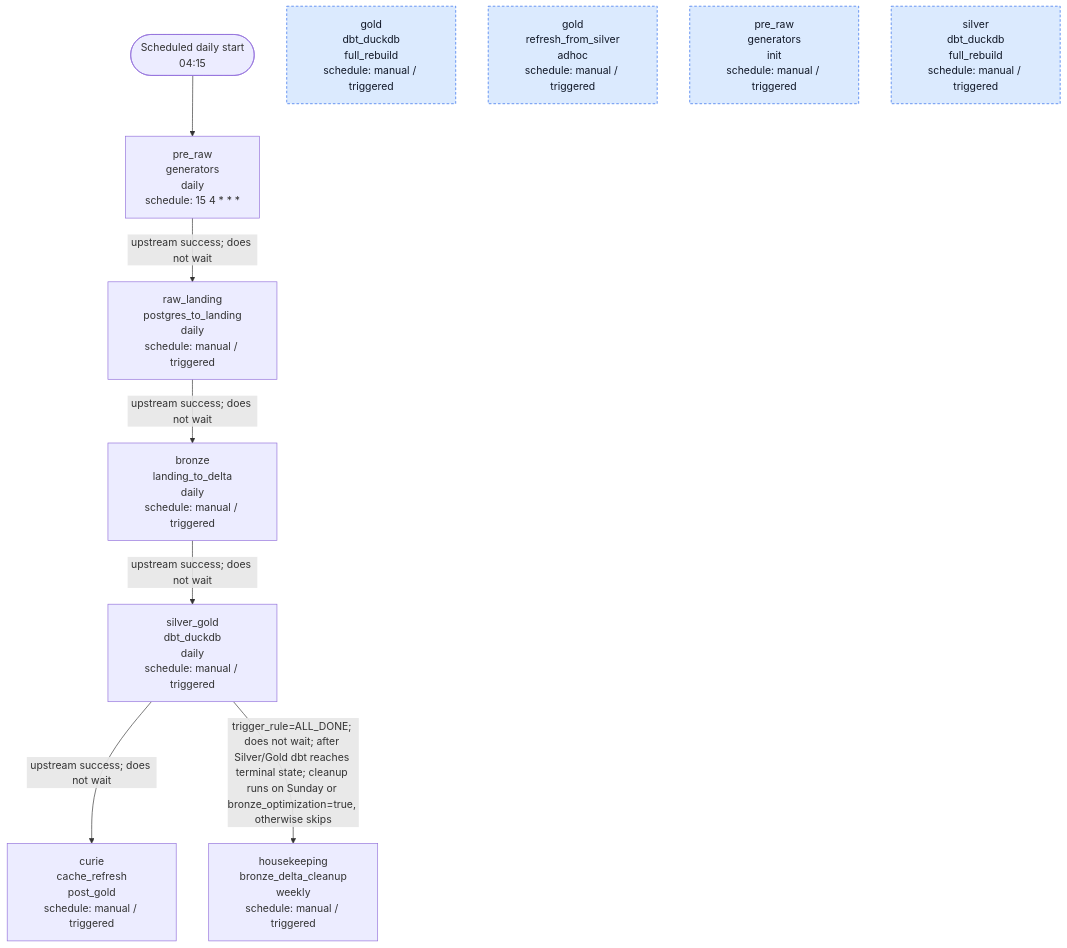
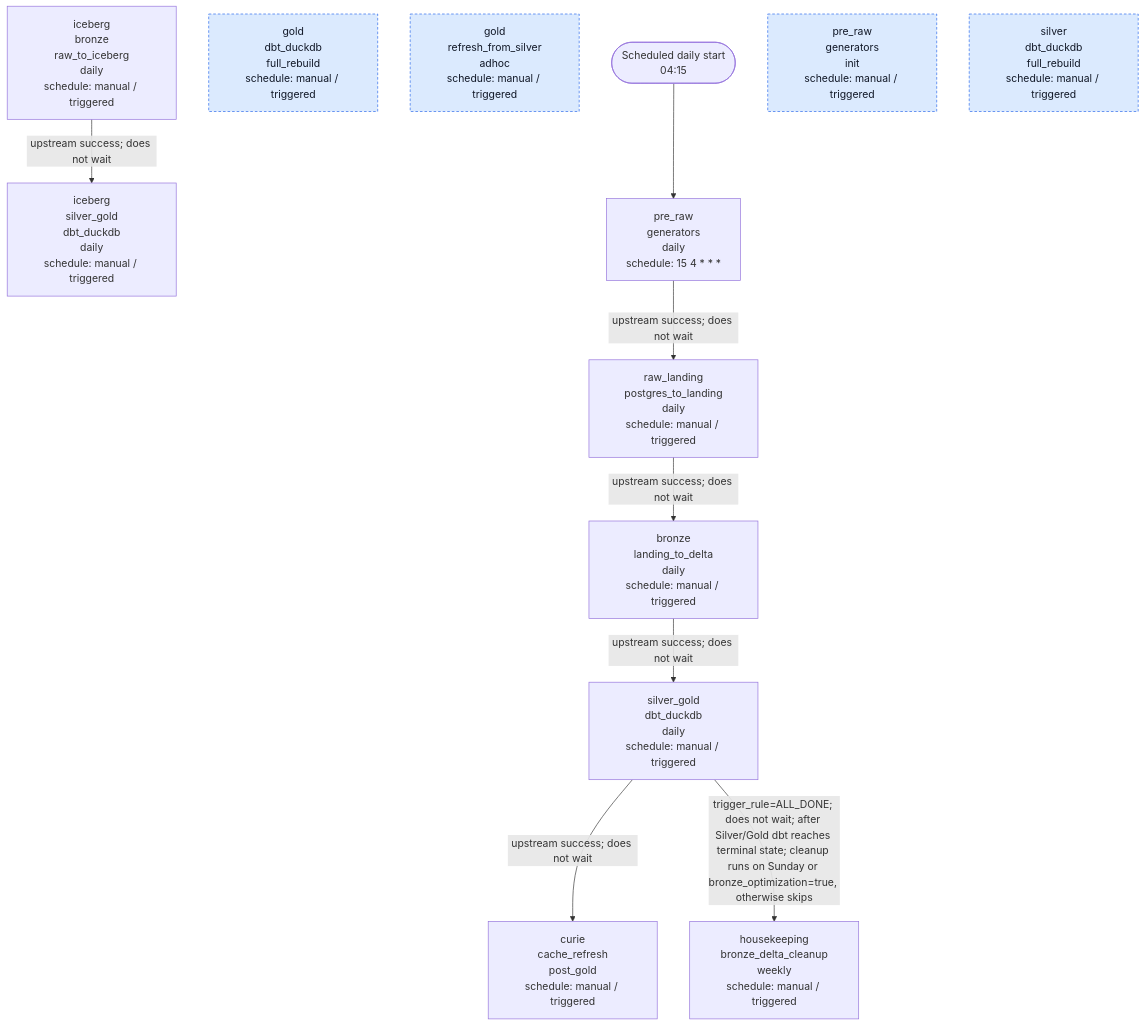
Before and after one commit to AntonMiniazev/ampere_project: the diagram in docs/dataflow/generated/airflow_dag_orchestration.md, drawn with Mermaid. The commit also changed other lines of this file and 1 other file, not shown here.

Commit message:
docs(iceberg): include parallel DAGs in dataflow

````diff
--- a/docs/dataflow/generated/airflow_dag_orchestration.md
+++ b/docs/dataflow/generated/airflow_dag_orchestration.md
@@ -9,27 +9,30 @@
 ```mermaid
 flowchart TD
     START(["Scheduled daily start<br/>04:15"])
     D_AMPERE__BRONZE__LANDING_TO_DELTA__DAILY["bronze<br/>landing_to_delta<br/>daily<br/>schedule: manual / triggered"]
     D_AMPERE__CURIE__CACHE_REFRESH__POST_GOLD["curie<br/>cache_refresh<br/>post_gold<br/>schedule: manual / triggered"]
     D_AMPERE__GOLD__DBT_DUCKDB__FULL_REBUILD["gold<br/>dbt_duckdb<br/>full_rebuild<br/>schedule: manual / triggered"]
     D_AMPERE__GOLD__REFRESH_FROM_SILVER__ADHOC["gold<br/>refresh_from_silver<br/>adhoc<br/>schedule: manual / triggered"]
     D_AMPERE__HOUSEKEEPING__BRONZE_DELTA_CLEANUP__WEEKLY["housekeeping<br/>bronze_delta_cleanup<br/>weekly<br/>schedule: manual / triggered"]
+    D_AMPERE__ICEBERG__BRONZE__RAW_TO_ICEBERG__DAILY["iceberg<br/>bronze<br/>raw_to_iceberg<br/>daily<br/>schedule: manual / triggered"]
+    D_AMPERE__ICEBERG__SILVER_GOLD__DBT_DUCKDB__DAILY["iceberg<br/>silver_gold<br/>dbt_duckdb<br/>daily<br/>schedule: manual / triggered"]
     D_AMPERE__PRE_RAW__GENERATORS__DAILY["pre_raw<br/>generators<br/>daily<br/>schedule: 15 4 * * *"]
     D_AMPERE__PRE_RAW__GENERATORS__INIT["pre_raw<br/>generators<br/>init<br/>schedule: manual / triggered"]
     D_AMPERE__RAW_LANDING__POSTGRES_TO_LANDING__DAILY["raw_landing<br/>postgres_to_landing<br/>daily<br/>schedule: manual / triggered"]
     D_AMPERE__SILVER__DBT_DUCKDB__FULL_REBUILD["silver<br/>dbt_duckdb<br/>full_rebuild<br/>schedule: manual / triggered"]
     D_AMPERE__SILVER_GOLD__DBT_DUCKDB__DAILY["silver_gold<br/>dbt_duckdb<br/>daily<br/>schedule: manual / triggered"]
 
     START --> D_AMPERE__PRE_RAW__GENERATORS__DAILY
     D_AMPERE__BRONZE__LANDING_TO_DELTA__DAILY -->|"upstream success; does not wait"| D_AMPERE__SILVER_GOLD__DBT_DUCKDB__DAILY
+    D_AMPERE__ICEBERG__BRONZE__RAW_TO_ICEBERG__DAILY -->|"upstream success; does not wait"| D_AMPERE__ICEBERG__SILVER_GOLD__DBT_DUCKDB__DAILY
     D_AMPERE__PRE_RAW__GENERATORS__DAILY -->|"upstream success; does not wait"| D_AMPERE__RAW_LANDING__POSTGRES_TO_LANDING__DAILY
     D_AMPERE__RAW_LANDING__POSTGRES_TO_LANDING__DAILY -->|"upstream success; does not wait"| D_AMPERE__BRONZE__LANDING_TO_DELTA__DAILY
     D_AMPERE__SILVER_GOLD__DBT_DUCKDB__DAILY -->|"upstream success; does not wait"| D_AMPERE__CURIE__CACHE_REFRESH__POST_GOLD
     D_AMPERE__SILVER_GOLD__DBT_DUCKDB__DAILY -->|"trigger_rule=ALL_DONE; does not wait; after Silver/Gold dbt reaches terminal state; cleanup runs on Sunday or bronze_optimization=true, otherwise skips"| D_AMPERE__HOUSEKEEPING__BRONZE_DELTA_CLEANUP__WEEKLY
 
     D_AMPERE__PRE_RAW__GENERATORS__INIT:::manual
     D_AMPERE__SILVER__DBT_DUCKDB__FULL_REBUILD:::manual
     D_AMPERE__GOLD__DBT_DUCKDB__FULL_REBUILD:::manual
     D_AMPERE__GOLD__REFRESH_FROM_SILVER__ADHOC:::manual
     classDef manual fill:#dbeafe,stroke:#2563eb,color:#111827,stroke-dasharray: 4 3
 ```
````
